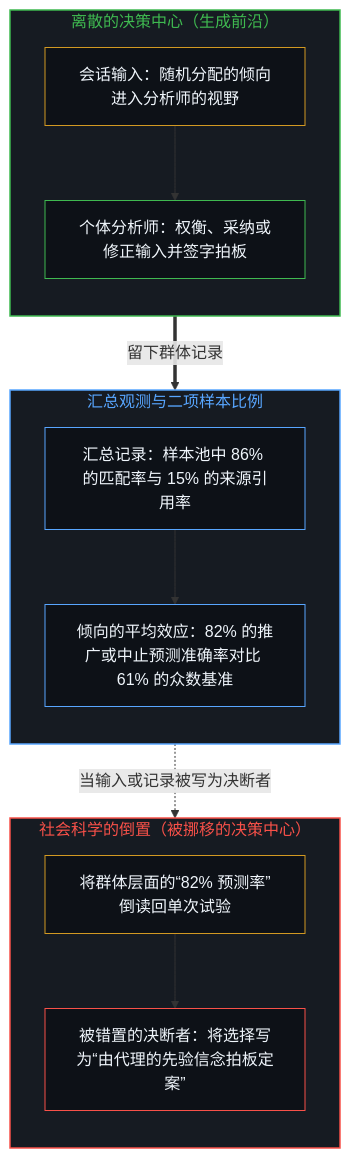
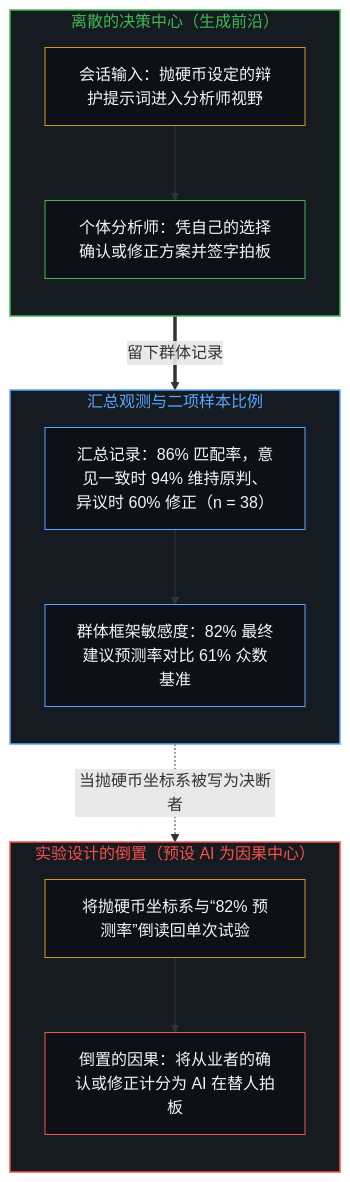
One commit to powerpig99/not-a-toe changed the first of 4 diagrams in content/posts/agency-and-the-pattern.md. Above: the diagram before and after it, drawn with Mermaid. The commit also changed other lines of this file and 2 other files, not shown here.

````diff
--- a/content/posts/agency-and-the-pattern.md
+++ b/content/posts/agency-and-the-pattern.md
@@ -23,32 +27,32 @@
 ```mermaid
 flowchart TD
     subgraph S_Loci["离散的决策中心（生成前沿）"]
         direction TB
-        L_In["会话输入：随机分配的倾向进入分析师的视野"]
-        L_Act["个体分析师：权衡、采纳或修正输入并签字拍板"]
+        L_In["会话输入：抛硬币设定的辩护提示词进入分析师视野"]
+        L_Act["个体分析师：凭自己的选择确认或修正方案并签字拍板"]
         L_In --> L_Act
     end
     subgraph S_Pool["汇总观测与二项样本比例"]
         direction TB
-        P_Sum["汇总记录：样本池中 86% 的匹配率与 15% 的来源引用率"]
-        P_ATE["倾向的平均效应：82% 的推广或中止预测准确率对比 61% 的众数基准"]
+        P_Sum["汇总记录：86% 匹配率，意见一致时 94% 维持原判、异议时 60% 修正（n = 38）"]
+        P_ATE["群体框架敏感度：82% 最终建议预测率对比 61% 众数基准"]
         P_Sum --> P_ATE
     end
-    subgraph S_Inv["社会科学的倒置（被挪移的决策中心）"]
+    subgraph S_Inv["实验设计的倒置（预设 AI 为因果中心）"]
         direction TB
-        I_Pred["将群体层面的“82% 预测率”倒读回单次试验"]
-        I_Erode["被错置的决断者：将选择写为“由代理的先验信念拍板定案”"]
+        I_Pred["将抛硬币坐标系与“82% 预测率”倒读回单次试验"]
+        I_Erode["倒置的因果：将从业者的确认或修正计分为 AI 在替人拍板"]
         I_Pred --> I_Erode
     end
     L_Act ==>|"留下群体记录"| P_Sum
-    P_ATE -.->|"当输入或记录被写为决断者"| I_Pred
+    P_ATE -.->|"当抛硬币坐标系被写为决断者"| I_Pred
     style S_Loci fill:#161b22,stroke:#3fb950,stroke-width:1.5px,color:#3fb950
     style S_Pool fill:#161b22,stroke:#58a6ff,stroke-width:1.5px,color:#58a6ff
     style S_Inv fill:#161b22,stroke:#f85149,stroke-width:1.5px,color:#f85149
     style L_In fill:#0d1117,stroke:#d29922,stroke-width:1px,color:#f0f6fc
     style L_Act fill:#0d1117,stroke:#3fb950,stroke-width:1px,color:#f0f6fc
     style P_Sum fill:#0d1117,stroke:#58a6ff,stroke-width:1px,color:#f0f6fc
     style P_ATE fill:#0d1117,stroke:#58a6ff,stroke-width:1px,color:#f0f6fc
     style I_Pred fill:#0d1117,stroke:#d29922,stroke-width:1px,color:#f0f6fc
     style I_Erode fill:#0d1117,stroke:#f85149,stroke-width:1px,color:#f0f6fc
 ```
````
